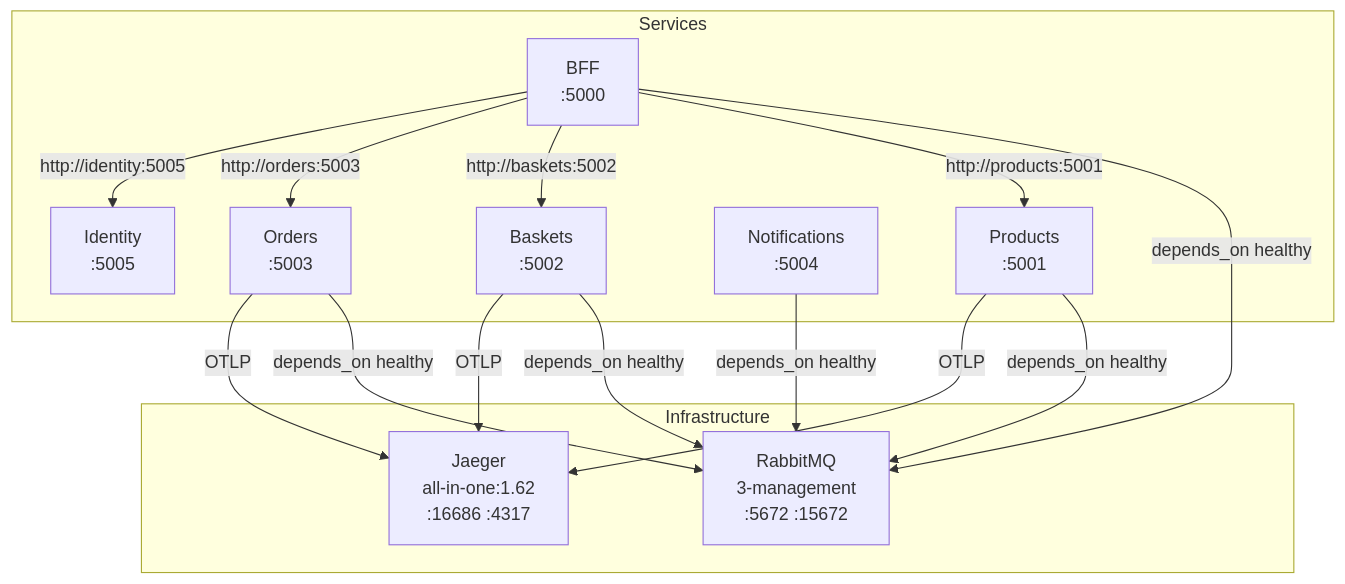
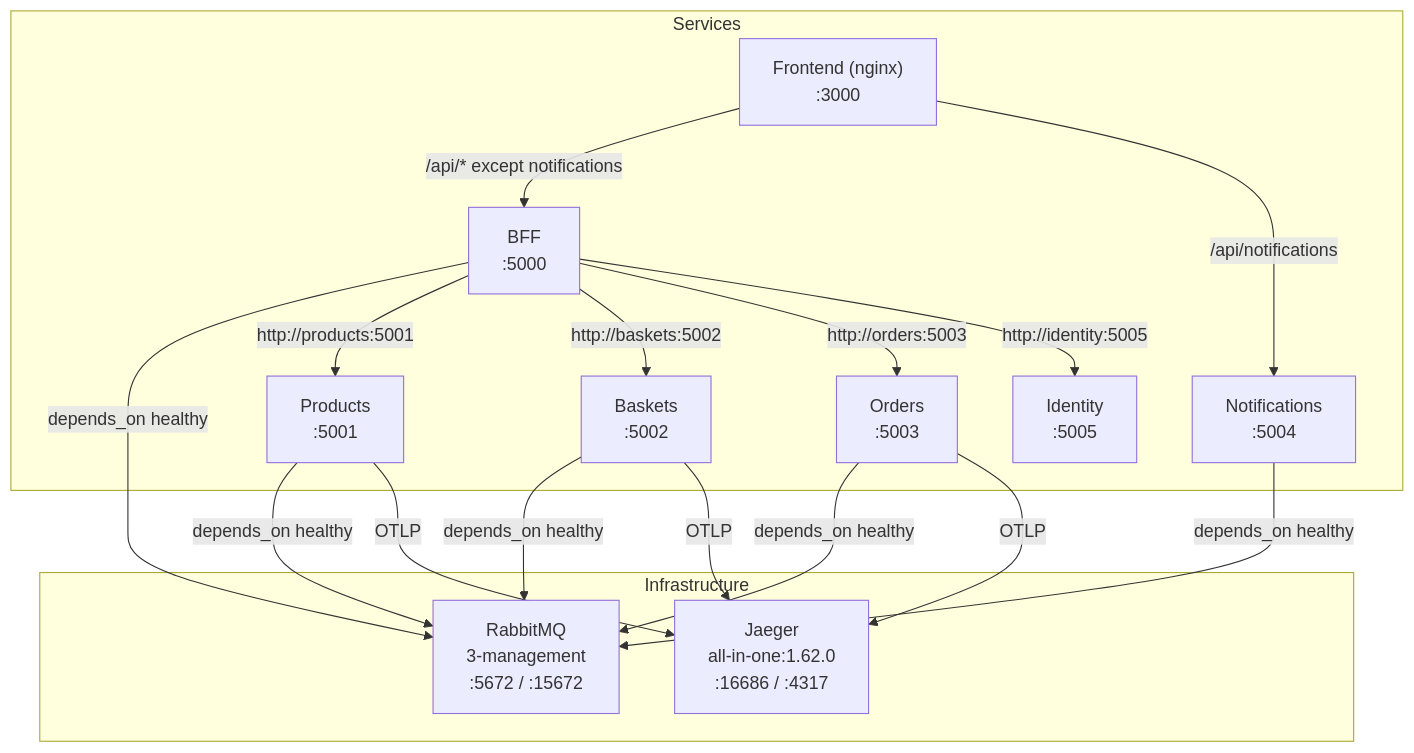
Before and after one commit to rahomi/Demo-MicroServices: the diagram in docs/notes/11-docker-compose-and-containerization.md, drawn with Mermaid. The commit also changed other lines of this file and 8 other files, not shown here.

````diff
--- a/docs/notes/11-docker-compose-and-containerization.md
+++ b/docs/notes/11-docker-compose-and-containerization.md
@@ -57,29 +57,32 @@
 ```mermaid
 flowchart TB
     subgraph Infrastructure
-        RabbitMQ["RabbitMQ\n3-management\n:5672 :15672"]
-        Jaeger["Jaeger\nall-in-one:1.62\n:16686 :4317"]
+      RabbitMQ["RabbitMQ<br/>3-management<br/>:5672 / :15672"]
+      Jaeger["Jaeger<br/>all-in-one:1.62.0<br/>:16686 / :4317"]
     end
 
     subgraph Services
-        BFF["BFF\n:5000"]
-        Products["Products\n:5001"]
-        Baskets["Baskets\n:5002"]
-        Orders["Orders\n:5003"]
-        Notifications["Notifications\n:5004"]
-        Identity["Identity\n:5005"]
+        BFF["BFF<br/>:5000"]
+        Products["Products<br/>:5001"]
+        Baskets["Baskets<br/>:5002"]
+        Orders["Orders<br/>:5003"]
+        Notifications["Notifications<br/>:5004"]
+        Identity["Identity<br/>:5005"]
+        Frontend["Frontend (nginx)<br/>:3000"]
     end
 
     BFF -->|"depends_on healthy"| RabbitMQ
     Products -->|"depends_on healthy"| RabbitMQ
     Baskets -->|"depends_on healthy"| RabbitMQ
     Orders -->|"depends_on healthy"| RabbitMQ
     Notifications -->|"depends_on healthy"| RabbitMQ
     BFF -->|"http://products:5001"| Products
     BFF -->|"http://baskets:5002"| Baskets
     BFF -->|"http://orders:5003"| Orders
     BFF -->|"http://identity:5005"| Identity
+    Frontend -->|"/api/* except notifications"| BFF
+    Frontend -->|"/api/notifications"| Notifications
     Products -->|"OTLP"| Jaeger
     Baskets -->|"OTLP"| Jaeger
     Orders -->|"OTLP"| Jaeger
 ```
````
